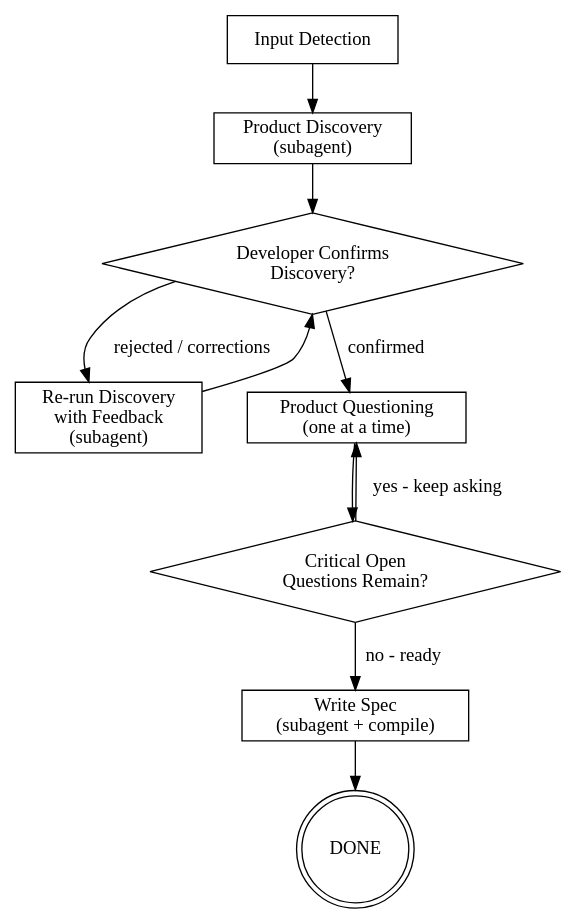
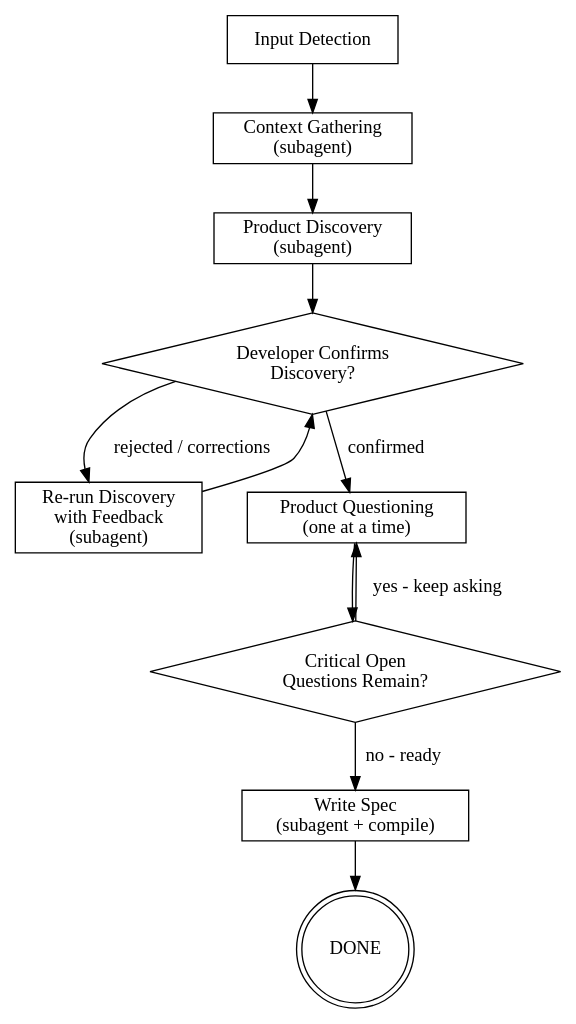
One commit to JohannWilfridCalixte/agentic changed the first of 2 diagrams in src/agentic/skills/agentic-workflow-product-spec/SKILL.md. Above: the diagram before and after it, drawn with Graphviz. The commit also changed other lines of this file and 7 other files, not shown here.

Commit message:
feat: add context gathering state to the product-spec workflow

````diff
--- a/src/agentic/skills/agentic-workflow-product-spec/SKILL.md
+++ b/src/agentic/skills/agentic-workflow-product-spec/SKILL.md
@@ -25,23 +25,25 @@
 ```dot
 digraph workflow {
     rankdir=TB;
     input [label="Input Detection" shape=box];
+    context [label="Context Gathering\n(subagent)" shape=box];
     discovery [label="Product Discovery\n(subagent)" shape=box];
     confirm [label="Developer Confirms\nDiscovery?" shape=diamond];
     refine [label="Re-run Discovery\nwith Feedback\n(subagent)" shape=box];
     questions [label="Product Questioning\n(one at a time)" shape=box];
     gate [label="Critical Open\nQuestions Remain?" shape=diamond];
     spec [label="Write Spec\n(subagent + compile)" shape=box];
     done [label="DONE" shape=doublecircle];
 
-    input -> discovery;
+    input -> context;
+    context -> discovery;
     discovery -> confirm;
     confirm -> questions [label="confirmed"];
     confirm -> refine [label="rejected / corrections"];
     refine -> confirm;
     questions -> gate;
     gate -> questions [label="yes - keep asking"];
     gate -> spec [label="no - ready"];
     spec -> done;
 }
 ```
````
